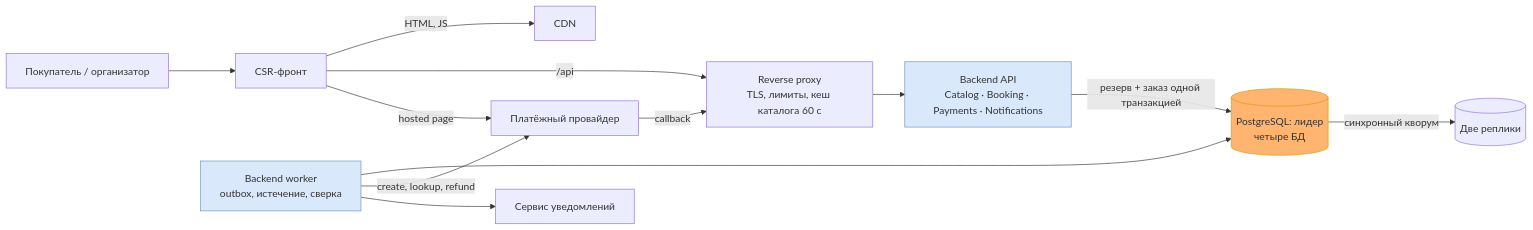
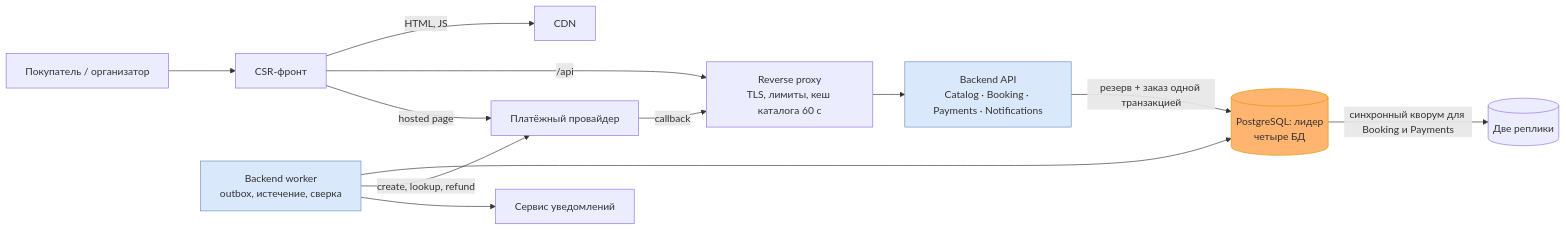
One commit to TIR44/event-ticket-booking changed the diagram in docs/final-solution.md. Above: the diagram before and after it, drawn with Mermaid. The commit also changed other lines of this file and 14 other files, not shown here.

````diff
--- a/docs/final-solution.md
+++ b/docs/final-solution.md
@@ -70,18 +73,18 @@
 ```mermaid
 flowchart LR
     U["Покупатель / организатор"] --> WEB["CSR-фронт"]
     WEB -->|"HTML, JS"| CDN["CDN"]
     WEB -->|"/api"| PX["Reverse proxy<br/>TLS, лимиты, кеш каталога 60 с"]
     PX --> API["Backend API<br/>Catalog · Booking · Payments · Notifications"]
     W["Backend worker<br/>outbox, истечение, сверка"]
     API -->|"резерв + заказ одной транзакцией"| L[("PostgreSQL: лидер<br/>четыре БД")]
     W --> L
-    L -->|"синхронный кворум"| R[("Две реплики")]
+    L -->|"синхронный кворум для Booking и Payments"| R[("Две реплики")]
     W -->|"create, lookup, refund"| PAY["Платёжный провайдер"]
     PAY -->|"callback"| PX
     W --> MSG["Сервис уведомлений"]
     WEB -->|"hosted page"| PAY
     style API fill:#DAE8FC,stroke:#6C8EBF
     style W fill:#DAE8FC,stroke:#6C8EBF
     style L fill:#FFB570,stroke:#D79B00
 ```
````
